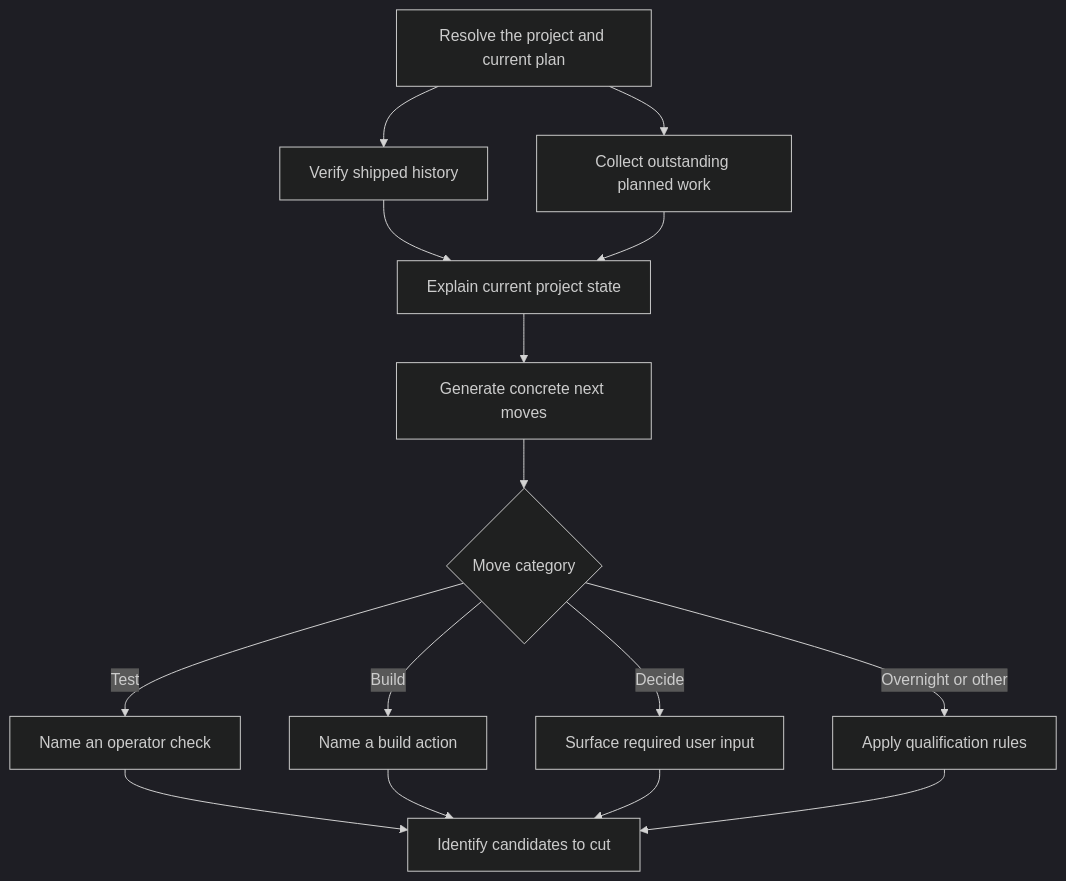
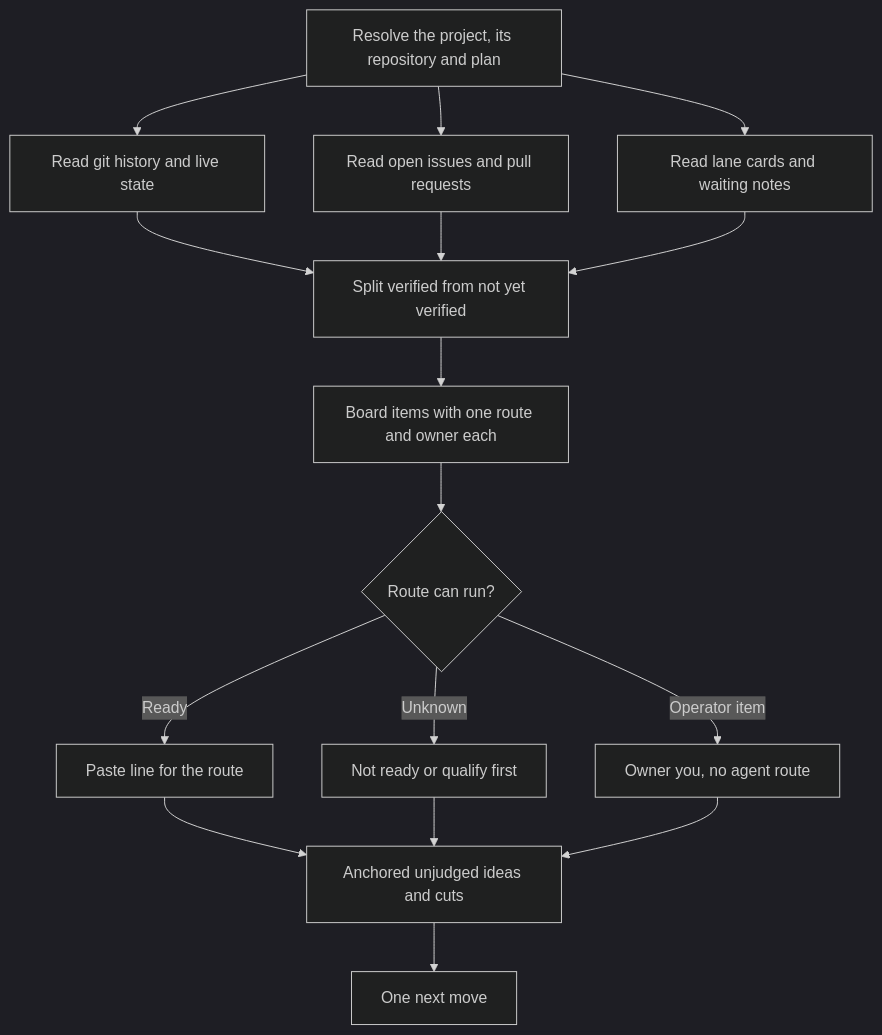
Before and after one commit to aberson/skill-mesh: the diagram in docs/workflows/user-pm.mmd, drawn with Mermaid (dark theme). The commit also changed 4 other files, not shown here.

```diff
--- a/docs/workflows/user-pm.mmd
+++ b/docs/workflows/user-pm.mmd
@@ -1,22 +1,23 @@
 %% user-pm
 %% Summary: Present shipped work, outstanding plan items, practical next moves, and credible candidates to cut through a product-management lens.
 %% Sources: skills/user-pm/core.md
-%% Not shown: topic-specific templates, overnight qualification rubric details, Observatory hook fields, tone rules, and plan-discovery commands
-%% Alt: Verified project history and plan state feed a concise overview whose next moves are categorized and checked for scope that should be cut.
+%% Not shown: call ceilings, gh and Passing Notes command lines, route criteria read from user-build-route, topic-specific templates, lane planning rules, JSON keys, and tone rules
+%% Alt: Plan, git, live state, open issues and lane notes feed a read-only status view and a routed board, which lead to readiness checks, anchored ideas, cuts, and one next move.
 
 flowchart TD
-    A[Resolve the project and current plan]
-    A --> B[Verify shipped history]
-    A --> C[Collect outstanding planned work]
-    B --> D[Explain current project state]
-    C --> D
-    D --> E[Generate concrete next moves]
-    E --> F{Move category}
-    F -->|Test| G[Name an operator check]
-    F -->|Build| H[Name a build action]
-    F -->|Decide| I[Surface required user input]
-    F -->|Overnight or other| J[Apply qualification rules]
-    G --> K[Identify candidates to cut]
-    H --> K
+    A[Resolve the project, its repository and plan]
+    A --> B[Read git history and live state]
+    A --> C[Read open issues and pull requests]
+    A --> D[Read lane cards and waiting notes]
+    B --> E[Split verified from not yet verified]
+    C --> E
+    D --> E
+    E --> F[Board items with one route and owner each]
+    F --> G{Route can run?}
+    G -->|Ready| H[Paste line for the route]
+    G -->|Unknown| I[Not ready or qualify first]
+    G -->|Operator item| J[Owner you, no agent route]
+    H --> K[Anchored unjudged ideas and cuts]
     I --> K
     J --> K
+    K --> L[One next move]
```
